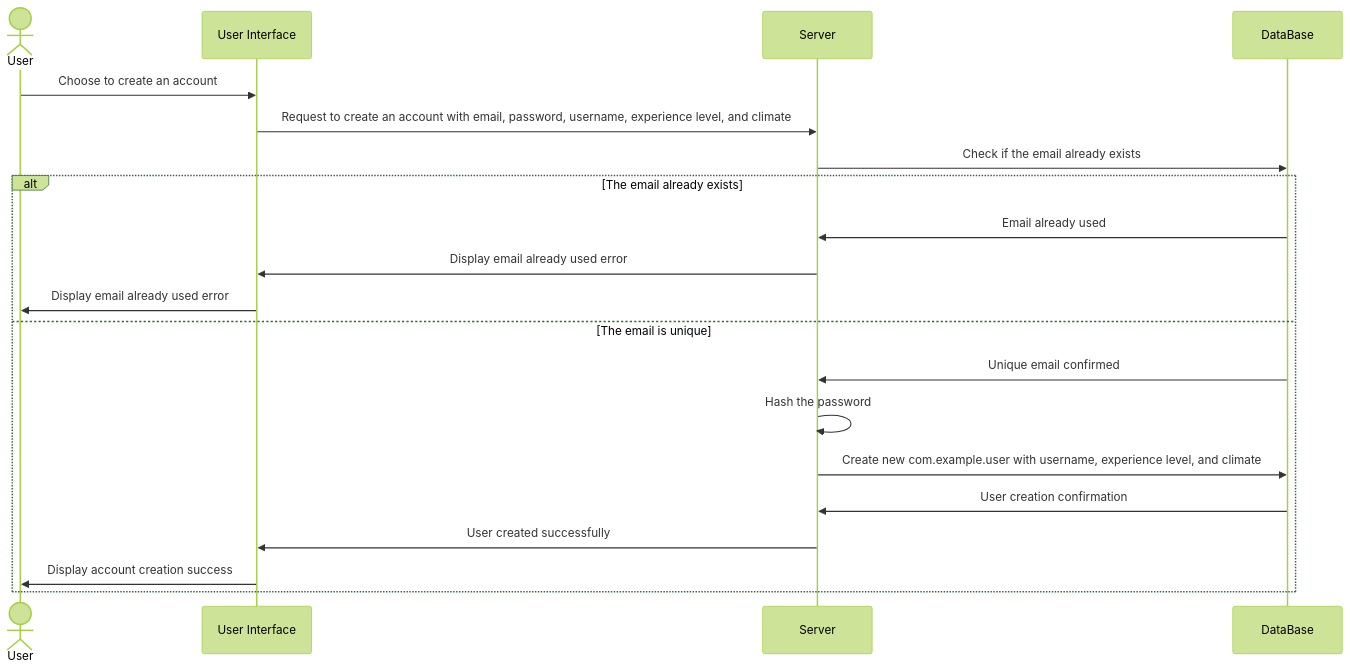
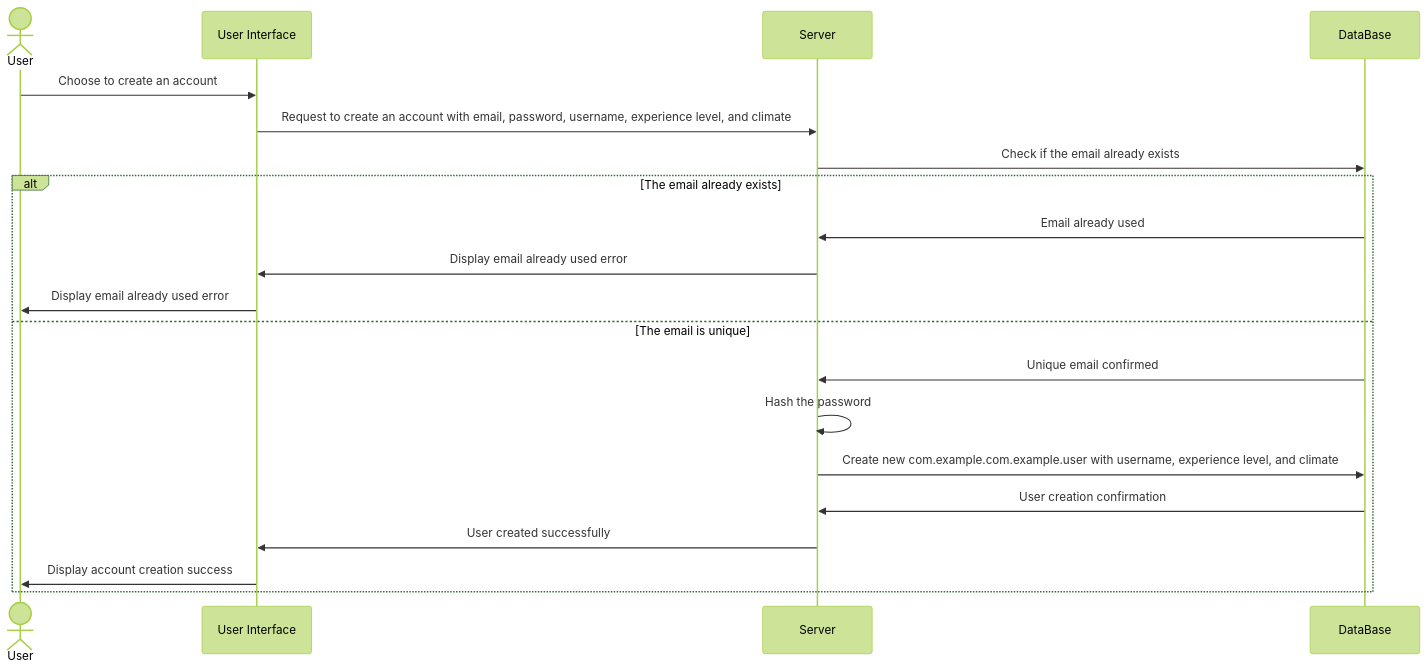
One commit to Ryuuket/FunkyDrive changed the diagram in DiagramSequence.md. Above: the diagram before and after it, drawn with Mermaid (forest theme). The commit also changed 12 other files, not shown here.

````diff
--- a/DiagramSequence.md
+++ b/DiagramSequence.md
@@ -1,23 +1,23 @@
 ```mermaid
 sequenceDiagram
     actor U as User
     participant UI as User Interface
     participant S as Server
     participant DB as DataBase
 
     U->>UI: Choose to create an account
     UI->>S: Request to create an account with email, password, username, experience level, and climate
     S->>DB: Check if the email already exists
     alt The email already exists
         DB->>S: Email already used
         S->>UI: Display email already used error
         UI->>U: Display email already used error
     else The email is unique
         DB->>S: Unique email confirmed
         S->>S: Hash the password
-        S->>DB: Create new com.example.user with username, experience level, and climate
+        S->>DB: Create new com.example.com.example.user with username, experience level, and climate
         DB->>S: User creation confirmation
         S->>UI: User created successfully
         UI->>U: Display account creation success
     end
 ```
````
